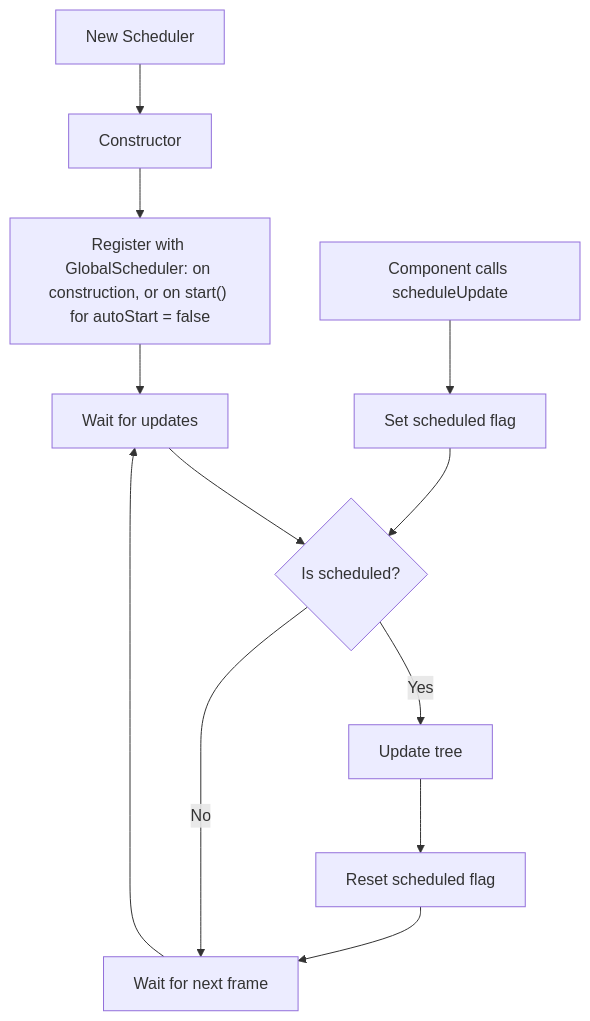
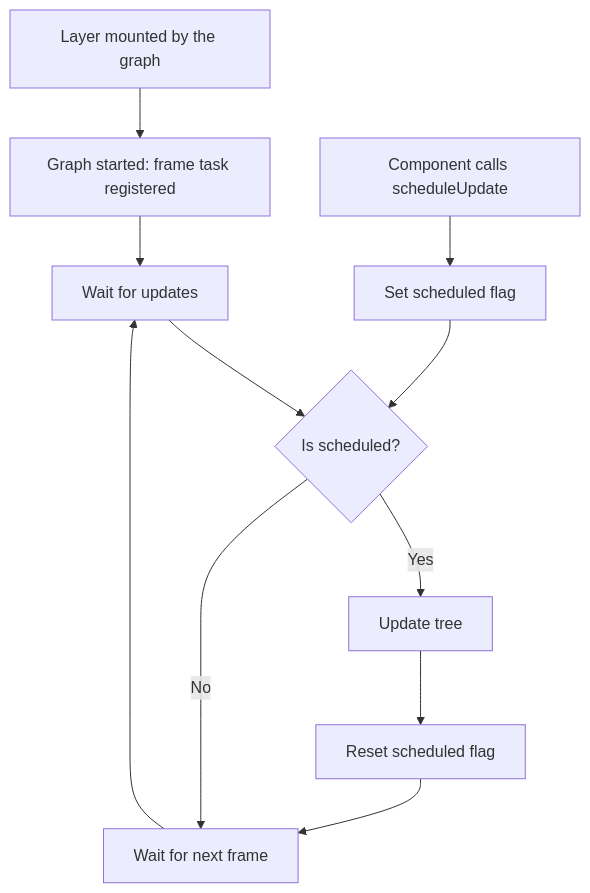
Before and after one commit to gravity-ui/graph: the sixth of 7 diagrams in packages/graph/docs/system/scheduler-system.md, drawn with Mermaid. The commit also changed other lines of this file and 24 other files, not shown here.

First line of the commit message:
refactor(graph): let the graph drive its layers instead of a self-registering scheduler

````diff
--- a/packages/graph/docs/system/scheduler-system.md
+++ b/packages/graph/docs/system/scheduler-system.md
@@ -472,15 +454,14 @@
 ```mermaid
 flowchart TD
-    A[New Scheduler] --> B[Constructor]
-    B --> C["Register with GlobalScheduler: on construction, or on start() for autoStart = false"]
+    A[Layer mounted by the graph] --> C[Graph started: frame task registered]
     C --> D[Wait for updates]
     D --> E{Is scheduled?}
     E -->|Yes| F[Update tree]
     E -->|No| G[Wait for next frame]
     G --> D
     F --> H[Reset scheduled flag]
     H --> G
     
     I[Component calls scheduleUpdate] --> J[Set scheduled flag]
     J --> E
 ```
````
